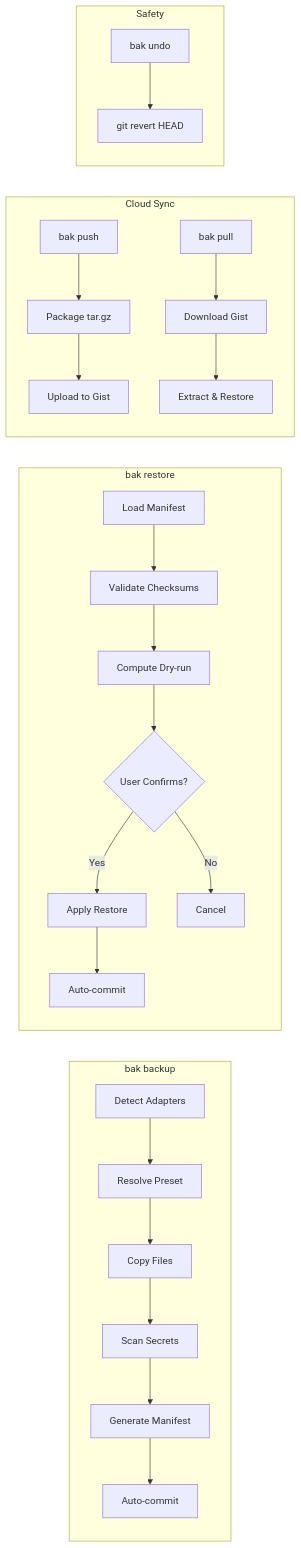
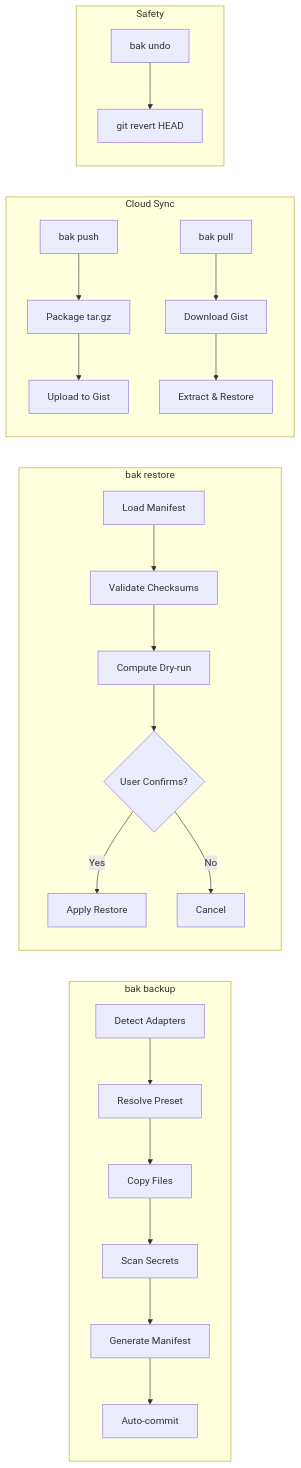
One commit to danielxxomg/bak-cli changed the first of 2 diagrams in README.md. Above: the diagram before and after it, drawn with Mermaid. The commit also changed other lines of this file and 50 other files, not shown here.

````diff
--- a/README.md
+++ b/README.md
@@ -440,30 +446,29 @@
 ```mermaid
 graph LR
     subgraph "bak backup"
         A[Detect Adapters] --> B[Resolve Preset]
         B --> C[Copy Files]
         C --> D[Scan Secrets]
         D --> E[Generate Manifest]
         E --> F[Auto-commit]
     end
 
     subgraph "bak restore"
         G[Load Manifest] --> H[Validate Checksums]
         H --> I[Compute Dry-run]
         I --> J{User Confirms?}
         J -->|Yes| K[Apply Restore]
         J -->|No| L[Cancel]
-        K --> M[Auto-commit]
     end
 
     subgraph "Cloud Sync"
         N[bak push] --> O[Package tar.gz]
         O --> P[Upload to Gist]
         Q[bak pull] --> R[Download Gist]
         R --> S[Extract & Restore]
     end
 
     subgraph "Safety"
         T[bak undo] --> U[git revert HEAD]
     end
 ```
````
